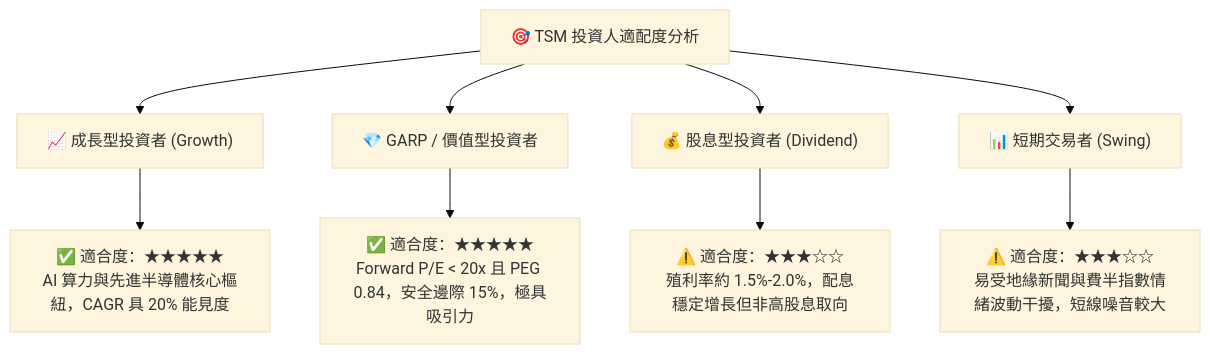
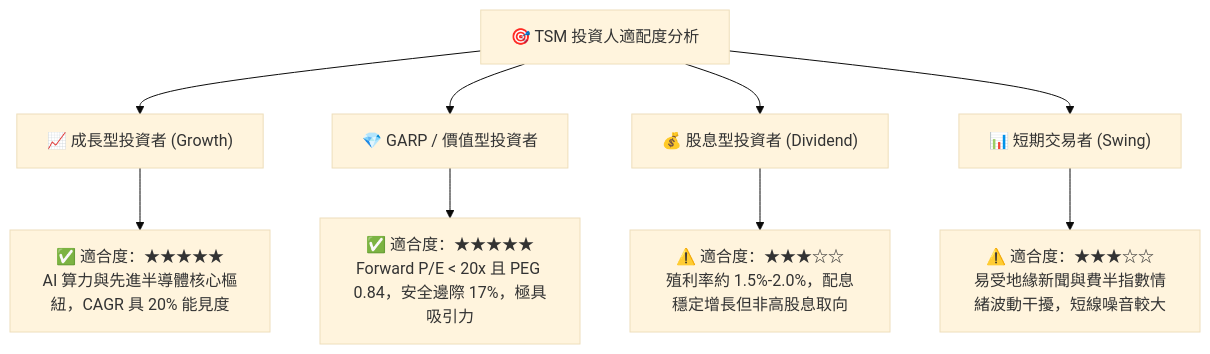
One commit to yennanliu/finance_data changed diagram 15 of 15 in ai_gen_report/fundamental/tsm/fundamental_analysis_2026-10-14_gemini.md. Above: the diagram before and after it, drawn with Mermaid (base theme). The commit also changed other lines of this file and 339 other files, not shown here.

````diff
--- a/ai_gen_report/fundamental/tsm/fundamental_analysis_2026-10-14_gemini.md
+++ b/ai_gen_report/fundamental/tsm/fundamental_analysis_2026-10-14_gemini.md
@@ -1119,14 +1134,14 @@
 ```mermaid
 graph TD
     INV["🎯 TSM 投資人適配度分析"]
 
     INV --> G["📈 成長型投資者 (Growth)"]
     INV --> V["💎 GARP / 價值型投資者"]
     INV --> D["💰 股息型投資者 (Dividend)"]
     INV --> T["📊 短期交易者 (Swing)"]
 
     G --> G1["✅ 適合度：★★★★★<br/>AI 算力與先進半導體核心樞紐，CAGR 具 20% 能見度"]
-    V --> V1["✅ 適合度：★★★★★<br/>Forward P/E < 20x 且 PEG 0.84，安全邊際 15%，極具吸引力"]
+    V --> V1["✅ 適合度：★★★★★<br/>Forward P/E < 20x 且 PEG 0.84，安全邊際 17%，極具吸引力"]
     D --> D1["⚠️ 適合度：★★★☆☆<br/>殖利率約 1.5%-2.0%，配息穩定增長但非高股息取向"]
     T --> T1["⚠️ 適合度：★★★☆☆<br/>易受地緣新聞與費半指數情緒波動干擾，短線噪音較大"]
 ```
````
